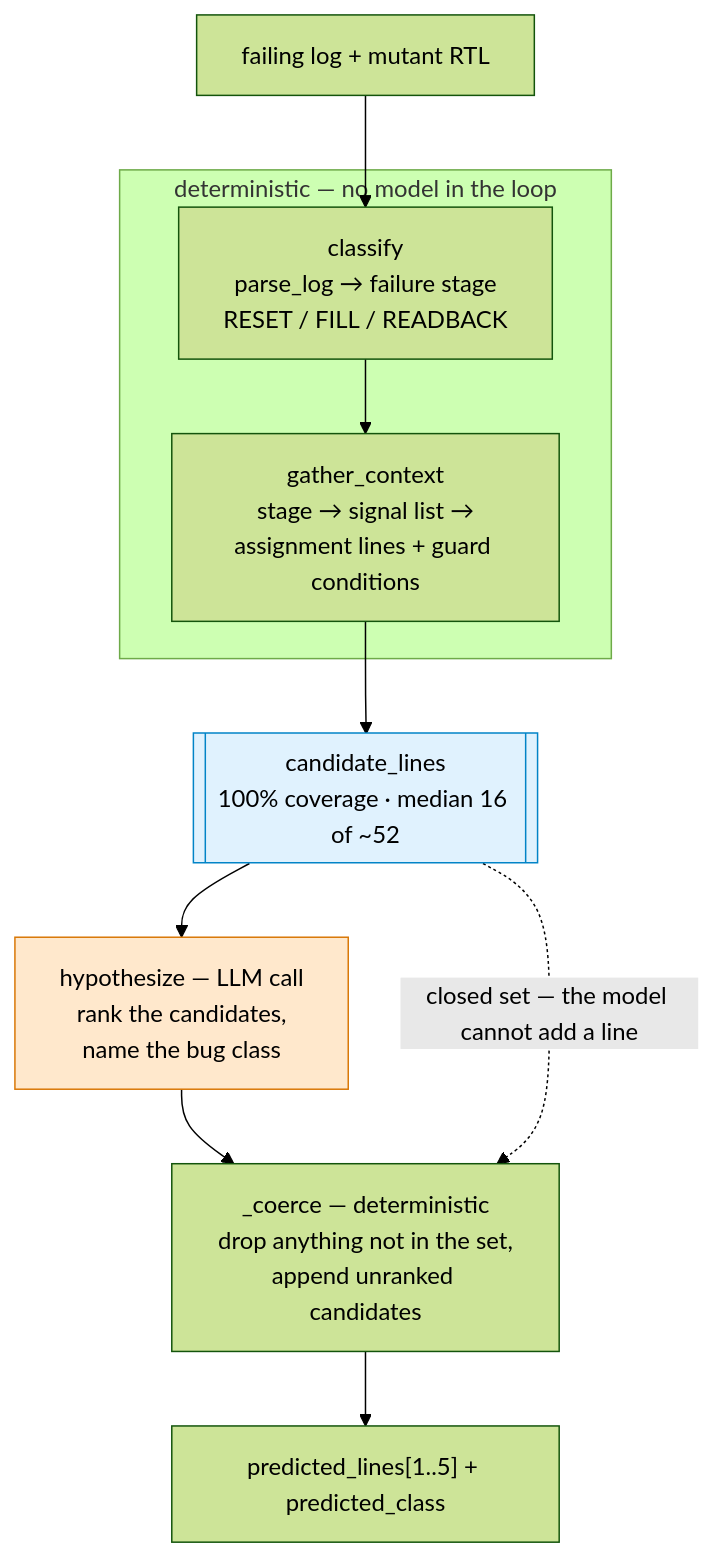
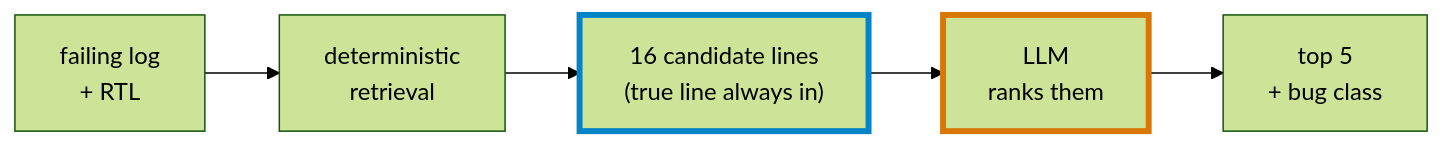
Before and after one commit to sinakian/llm-rtl-bug-localization: the diagram in README.md, drawn with Mermaid (forest theme). The commit also changed other lines of this file and 6 other files, not shown here.

First line of the commit message:
fix imports and paths after src/eval/docs reorg, simplify architecture diagram

````diff
--- a/README.md
+++ b/README.md
@@ -24,23 +24,10 @@
 ```mermaid
-flowchart TD
-    IN["failing log + mutant RTL"]
+flowchart LR
+    A["failing log<br/>+ RTL"] --> B["deterministic<br/>retrieval"]
+    B --> C["16 candidate lines<br/>(true line always in)"]
+    C --> D["LLM<br/>ranks them"]
+    D --> E["top 5<br/>+ bug class"]
 
-    subgraph DET["deterministic — no model in the loop"]
-        A["classify<br/>parse_log → failure stage<br/>RESET / FILL / READBACK"]
-        B["gather_context<br/>stage → signal list →<br/>assignment lines + guard conditions"]
-    end
-
-    CAND[["candidate_lines<br/>100% coverage · median 16 of ~52"]]
-
-    LLM["hypothesize — LLM call<br/>rank the candidates,<br/>name the bug class"]
-
-    CO["_coerce — deterministic<br/>drop anything not in the set,<br/>append unranked candidates"]
-
-    OUT["predicted_lines[1..5] + predicted_class"]
-
-    IN --> A --> B --> CAND --> LLM --> CO --> OUT
-    CAND -. "closed set — the model cannot add a line" .-> CO
-
-    style LLM fill:#ffe8cc,stroke:#d97706
-    style CAND fill:#e0f2fe,stroke:#0284c7
+    style D stroke:#d97706,stroke-width:4px
+    style C stroke:#0284c7,stroke-width:4px
 ```
````
